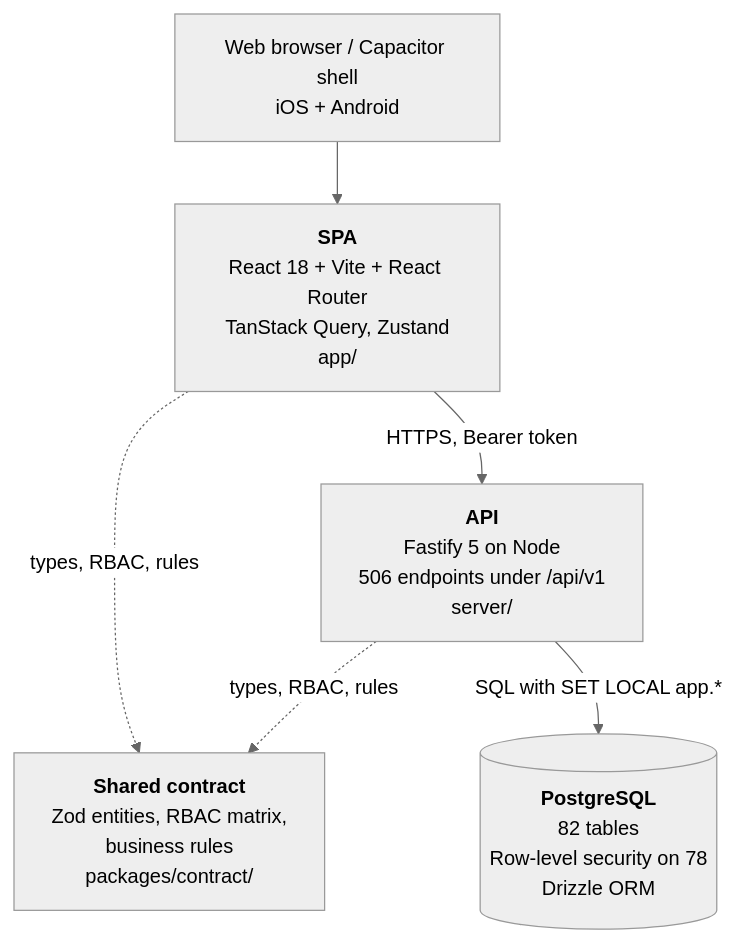
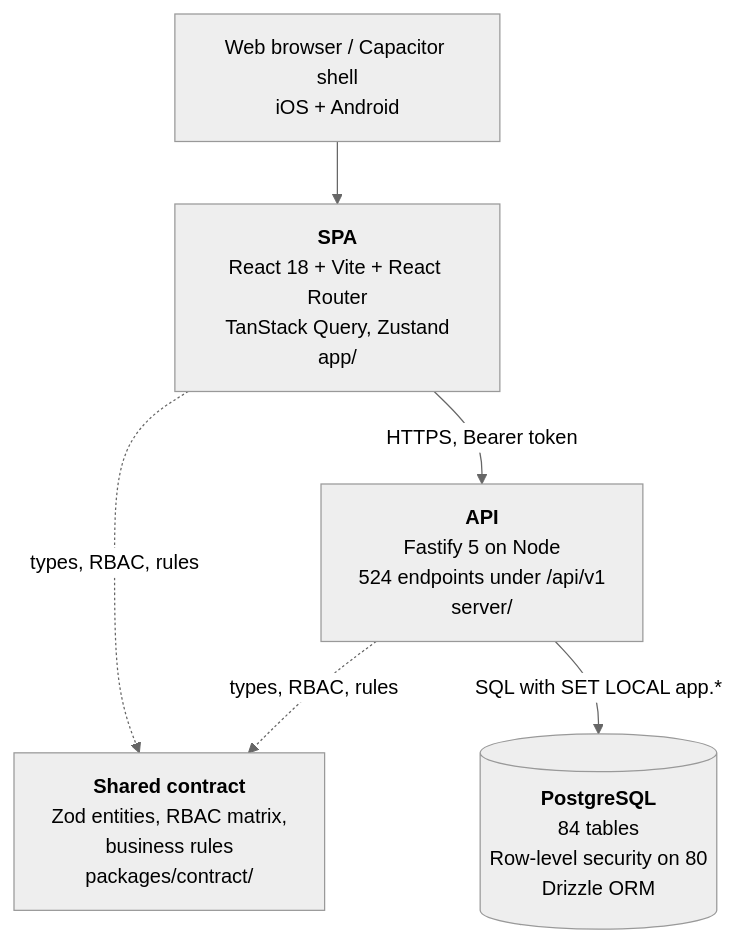
One commit to tazamohd/SlClNe changed the second of 4 diagrams in docs/15_C4_ARCHITECTURE_DIAGRAMS/C4_MODEL.md. Above: the diagram before and after it, drawn with Mermaid (neutral theme). The commit also changed other lines of this file and 62 other files, not shown here.

````diff
--- a/docs/15_C4_ARCHITECTURE_DIAGRAMS/C4_MODEL.md
+++ b/docs/15_C4_ARCHITECTURE_DIAGRAMS/C4_MODEL.md
@@ -42,13 +42,13 @@
 ```mermaid
 flowchart TB
   browser["Web browser / Capacitor shell<br/>iOS + Android"]
   spa["<b>SPA</b><br/>React 18 + Vite + React Router<br/>TanStack Query, Zustand<br/>app/"]
-  api["<b>API</b><br/>Fastify 5 on Node<br/>506 endpoints under /api/v1<br/>server/"]
+  api["<b>API</b><br/>Fastify 5 on Node<br/>524 endpoints under /api/v1<br/>server/"]
   contract["<b>Shared contract</b><br/>Zod entities, RBAC matrix,<br/>business rules<br/>packages/contract/"]
-  db[("<b>PostgreSQL</b><br/>82 tables<br/>Row-level security on 78<br/>Drizzle ORM")]
+  db[("<b>PostgreSQL</b><br/>84 tables<br/>Row-level security on 80<br/>Drizzle ORM")]
   browser --> spa
   spa -->|"HTTPS, Bearer token"| api
   spa -.->|"types, RBAC, rules"| contract
   api -.->|"types, RBAC, rules"| contract
   api -->|"SQL with SET LOCAL app.*"| db
 ```
````
